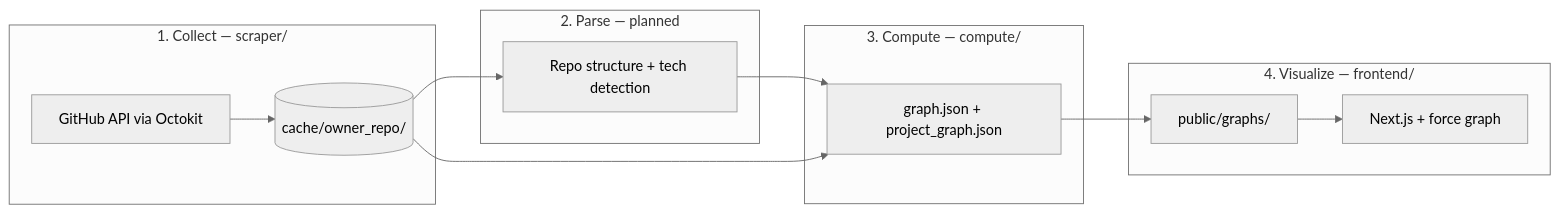
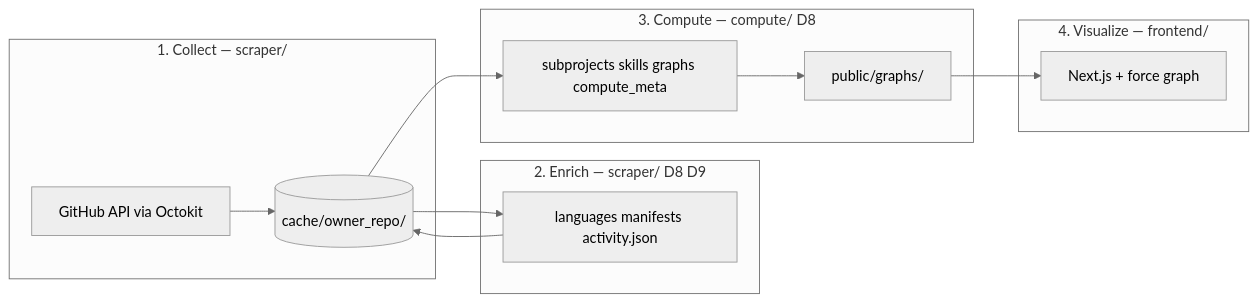
The diagram in .cursor/spec.md (yqliukev/repo-map), drawn with Mermaid (neutral theme) before and after one commit. The commit also changed other lines of this file, not shown here.

Commit message:
ready for stage 2

````diff
--- a/.cursor/spec.md
+++ b/.cursor/spec.md
@@ -36,26 +39,25 @@
 ```mermaid
 flowchart LR
-  subgraph collect [1. Collect — scraper/]
+  subgraph stage1 [1. Collect — scraper/]
     GH[GitHub API via Octokit]
     Cache[(cache/owner_repo/)]
     GH --> Cache
   end
 
-  subgraph parse [2. Parse — planned]
-    Parse[Repo structure + tech detection]
-    Cache --> Parse
+  subgraph stage2 [2. Enrich — scraper/ D8 D9]
+    Enrich[languages manifests activity.json]
+    Cache --> Enrich
+    Enrich --> Cache
   end
 
-  subgraph computeStage [3. Compute — compute/]
-    KG[graph.json + project_graph.json]
-    Parse --> KG
+  subgraph stage3 [3. Compute — compute/ D8]
+    KG[subprojects skills graphs compute_meta]
     Cache --> KG
+    KG --> Pub[public/graphs/]
   end
 
-  subgraph viz [4. Visualize — frontend/]
-    JSON[public/graphs/]
+  subgraph stage4 [4. Visualize — frontend/]
     UI[Next.js + force graph]
-    KG --> JSON
-    JSON --> UI
+    Pub --> UI
   end
 ```
````
